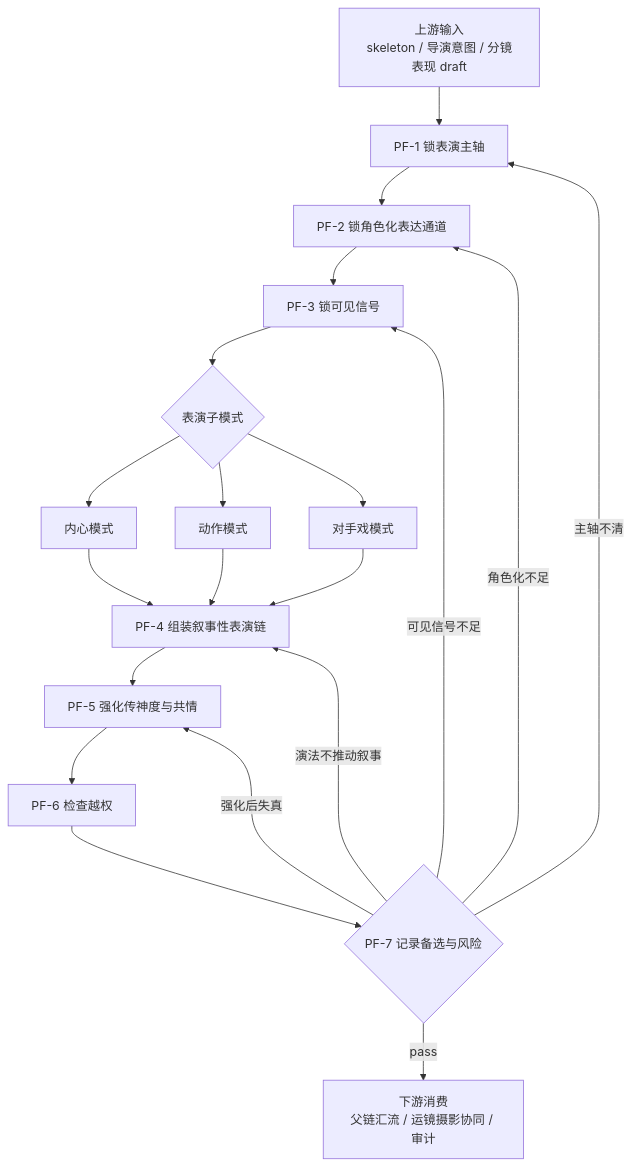
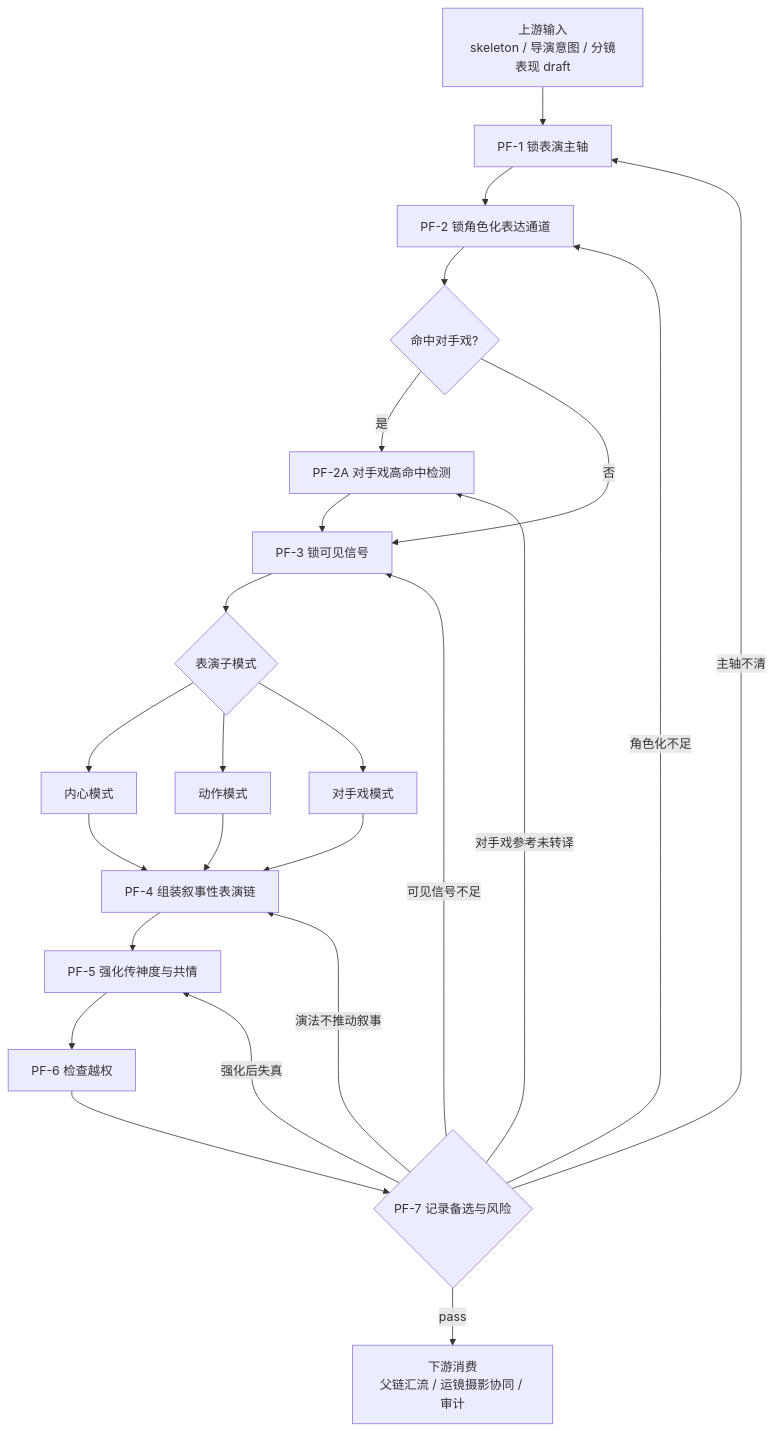
One commit to ZEN-VOID/AI-CUT changed the diagram in .agents/skills/aigc/3-Detail/references/角色表现.md. Above: the diagram before and after it, drawn with Mermaid. The commit also changed other lines of this file and 259 other files, not shown here.

````diff
--- a/.agents/skills/aigc/3-Detail/references/角色表现.md
+++ b/.agents/skills/aigc/3-Detail/references/角色表现.md
@@ -37,22 +39,26 @@
 ```mermaid
 flowchart TD
     U["上游输入<br/>skeleton / 导演意图 / 分镜表现 draft"] --> PF1["PF-1 锁表演主轴"]
     PF1 --> PF2["PF-2 锁角色化表达通道"]
-    PF2 --> PF3["PF-3 锁可见信号"]
+    PF2 --> CHECK{"命中对手戏?"}
+    CHECK -- "是" --> PF2A["PF-2A 对手戏高命中检测"]
+    CHECK -- "否" --> PF3["PF-3 锁可见信号"]
+    PF2A --> PF3
     PF3 --> MODE{"表演子模式"}
     MODE --> I["内心模式"]
     MODE --> A["动作模式"]
     MODE --> D["对手戏模式"]
     I --> PF4["PF-4 组装叙事性表演链"]
     A --> PF4
     D --> PF4
     PF4 --> PF5["PF-5 强化传神度与共情"]
     PF5 --> PF6["PF-6 检查越权"]
     PF6 --> PF7{"PF-7 记录备选与风险"}
     PF7 -- "pass" --> OUT["下游消费<br/>父链汇流 / 运镜摄影协同 / 审计"]
     PF7 -- "主轴不清" --> PF1
     PF7 -- "角色化不足" --> PF2
+    PF7 -- "对手戏参考未转译" --> PF2A
     PF7 -- "可见信号不足" --> PF3
     PF7 -- "演法不推动叙事" --> PF4
     PF7 -- "强化后失真" --> PF5
 ```
````
